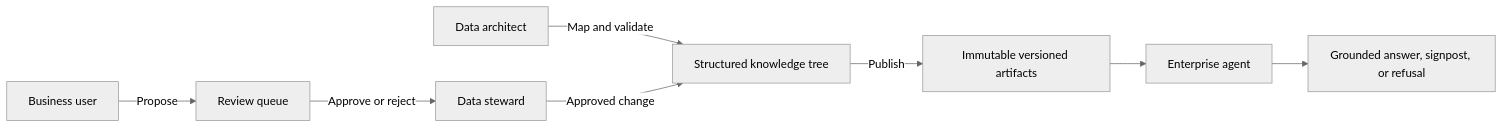
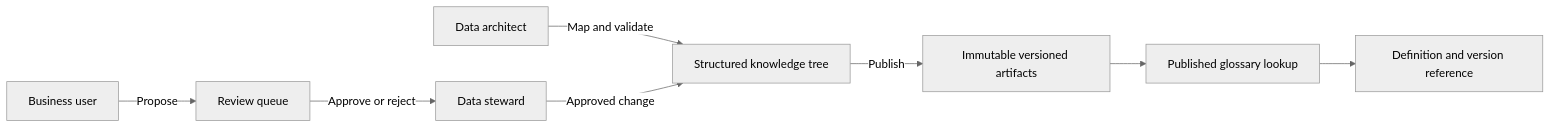
Before and after one commit to poorna-kant/projects: the diagram in hackathon/README.md, drawn with Mermaid (neutral theme). The commit also changed other lines of this file and 25 other files, not shown here.

````diff
--- a/hackathon/README.md
+++ b/hackathon/README.md
@@ -48,10 +52,10 @@
 ```mermaid
 flowchart LR
 	BU[Business user] -->|Propose| R[Review queue]
 	DA[Data architect] -->|Map and validate| K[Structured knowledge tree]
 	R -->|Approve or reject| DS[Data steward]
 	DS -->|Approved change| K
 	K -->|Publish| V[Immutable versioned artifacts]
-	V --> A[Enterprise agent]
-	A --> O[Grounded answer, signpost, or refusal]
+	V --> A[Published glossary lookup]
+	A --> O[Definition and version reference]
 ```
````
